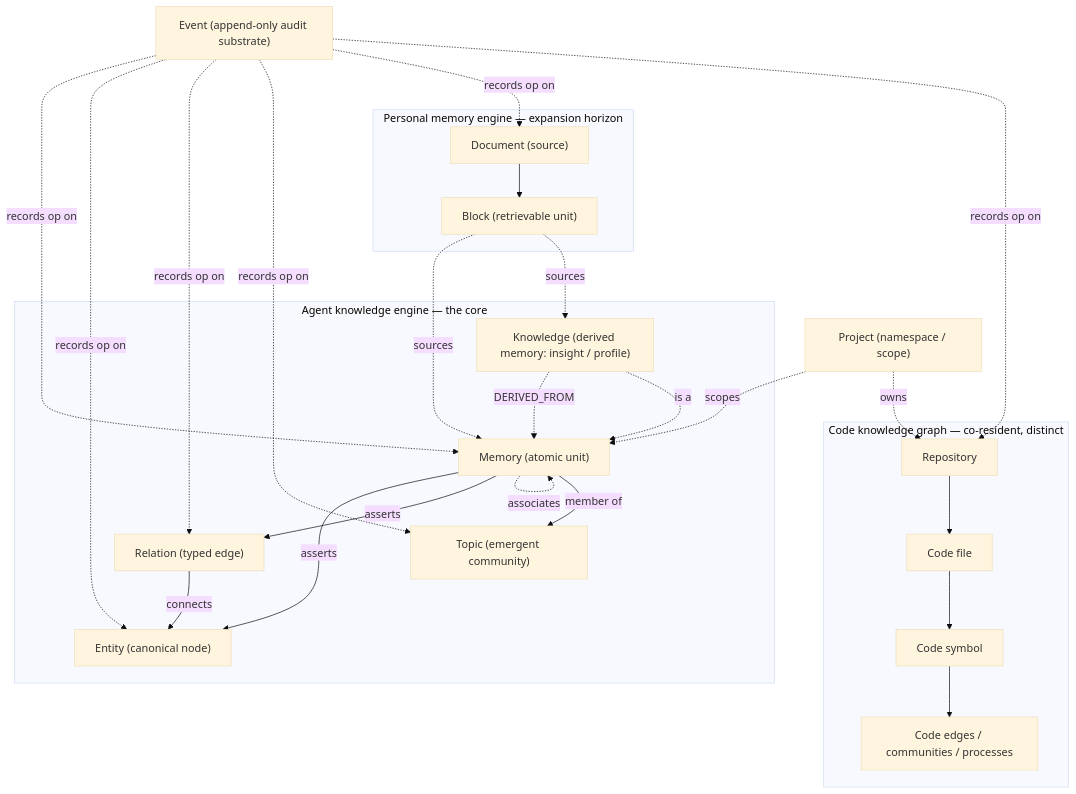
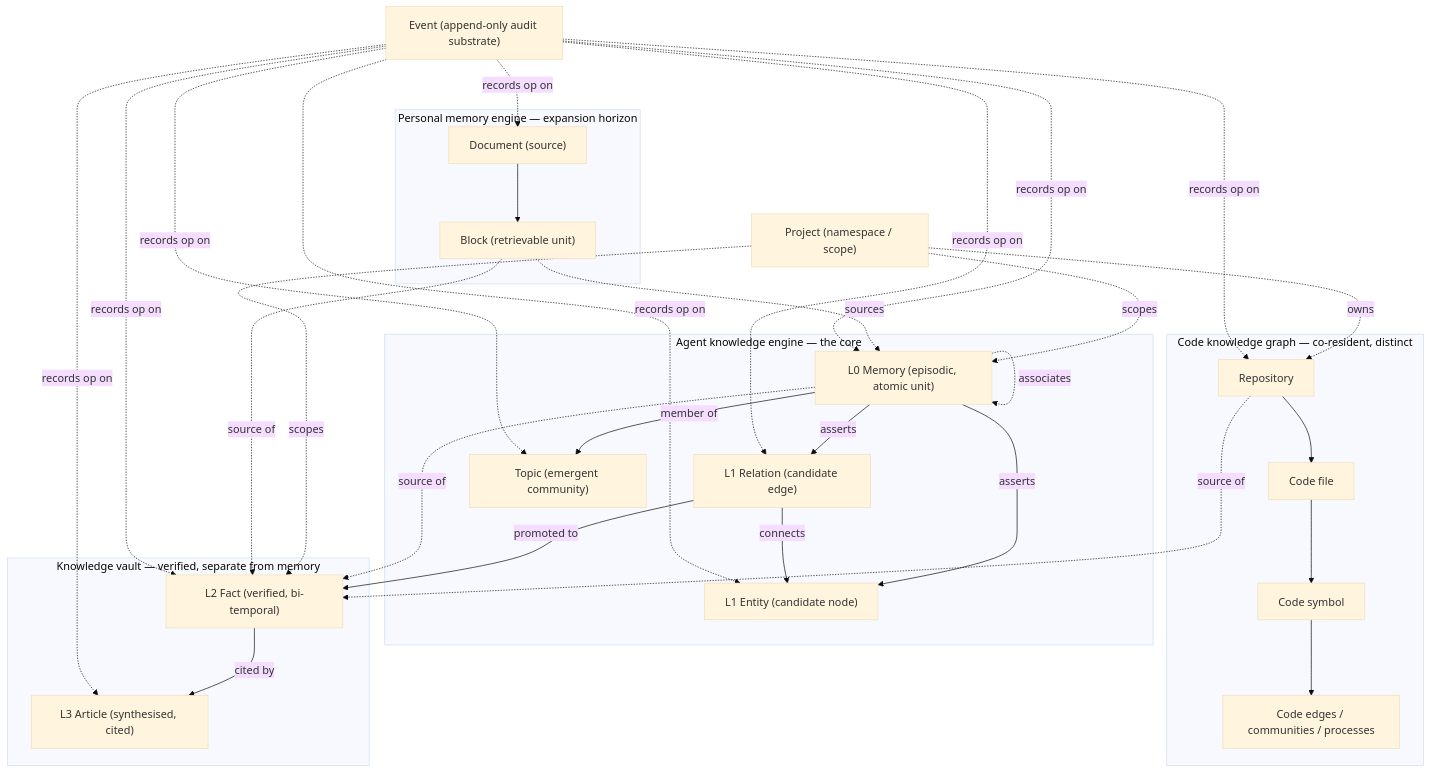
One commit to darkraise/darkmem changed the second of 6 diagrams in docs/design/01-domain-model-and-business-flows.md. Above: the diagram before and after it, drawn with Mermaid (base theme). The commit also changed other lines of this file and 4 other files, not shown here.

First line of the commit message:
docs(design): reshape foundation 00-04 for the knowledge vault

````diff
--- a/docs/design/01-domain-model-and-business-flows.md
+++ b/docs/design/01-domain-model-and-business-flows.md
@@ -22,42 +47,51 @@
 ```mermaid
 graph TD
     Project["Project (namespace / scope)"]
 
     subgraph CORE["Agent knowledge engine — the core"]
-        Memory["Memory (atomic unit)"]
-        Entity["Entity (canonical node)"]
-        Relation["Relation (typed edge)"]
+        Memory["L0 Memory (episodic, atomic unit)"]
+        Entity["L1 Entity (candidate node)"]
+        Relation["L1 Relation (candidate edge)"]
         Topic["Topic (emergent community)"]
-        Knowledge["Knowledge (derived memory: insight / profile)"]
+    end
+
+    subgraph VAULT["Knowledge vault — verified, separate from memory"]
+        Fact["L2 Fact (verified, bi-temporal)"]
+        Article["L3 Article (synthesised, cited)"]
     end
 
     subgraph CODE["Code knowledge graph — co-resident, distinct"]
         Repo["Repository"] --> CFile["Code file"]
         CFile --> Symbol["Code symbol"]
         Symbol --> CGraph["Code edges / communities / processes"]
     end
 
     subgraph HORIZON["Personal memory engine — expansion horizon"]
         Document["Document (source)"] --> Block["Block (retrievable unit)"]
     end
 
     Event["Event (append-only audit substrate)"]
 
     Project -. scopes .-> Memory
+    Project -. scopes .-> Fact
     Project -. owns .-> Repo
     Memory -- asserts --> Entity
     Memory -- asserts --> Relation
     Relation -- connects --> Entity
     Memory -. associates .-> Memory
     Memory -- member of --> Topic
-    Knowledge -. DERIVED_FROM .-> Memory
-    Knowledge -. is a .-> Memory
+    Relation -- promoted to --> Fact
+    Memory -. source of .-> Fact
+    Block -. source of .-> Fact
+    Repo -. source of .-> Fact
+    Fact -- cited by --> Article
     Block -. sources .-> Memory
-    Block -. sources .-> Knowledge
     Event -. records op on .-> Memory
     Event -. records op on .-> Entity
     Event -. records op on .-> Relation
+    Event -. records op on .-> Fact
+    Event -. records op on .-> Article
     Event -. records op on .-> Topic
     Event -. records op on .-> Document
     Event -. records op on .-> Repo
 ```
````
